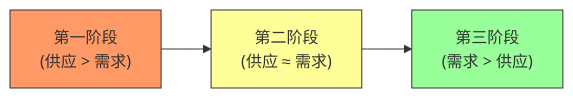
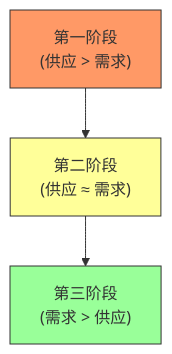
One commit to bigzhu/Wyckoff changed the first of 4 diagrams in docs/第二章_怎么知道主力机构开始接盘了/第三节_吸筹的第二阶段.md. Above: the diagram before and after it, drawn with Mermaid. The commit also changed 8 other files, not shown here.

Commit message:
refactor: Optimize Mermaid diagrams layout and clarify Chapter 1 Section 2 content

````diff
--- a/docs/第二章_怎么知道主力机构开始接盘了/第三节_吸筹的第二阶段.md
+++ b/docs/第二章_怎么知道主力机构开始接盘了/第三节_吸筹的第二阶段.md
@@ -17,8 +17,8 @@
 ```mermaid
-graph LR
+graph TD
     A["第一阶段<br>(供应 > 需求)"] --> B["第二阶段<br>(供应 ≈ 需求)"]
     B --> C["第三阶段<br>(需求 > 供应)"]
     style A fill:#f96,stroke:#333
     style B fill:#ff9,stroke:#333
     style C fill:#9f9,stroke:#333
 ```
````
